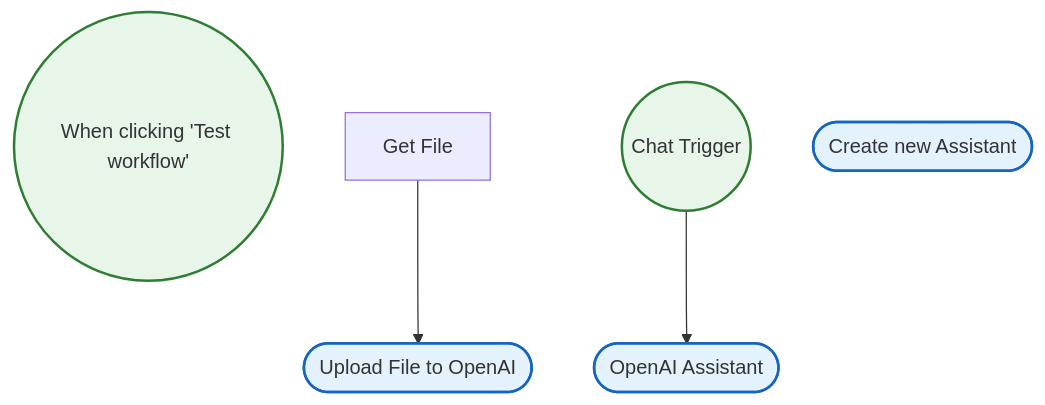
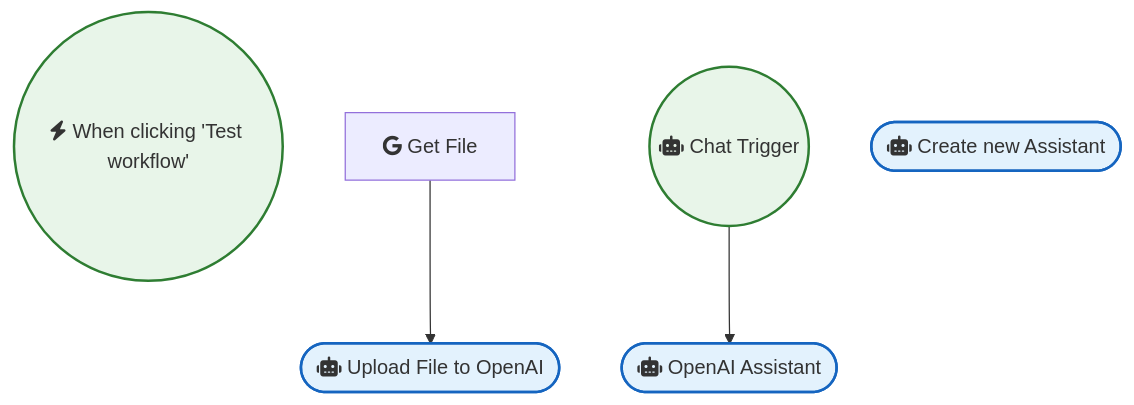
Before and after one commit to sreyash3105/N8N-DEMO-AUTOMATIONS: the diagram in OpenAI_and_LLMs/Openai Assistant Workflow Uploa File Create an Assistant Chat with It.md, drawn with Mermaid. The commit also changed 291 other files, not shown here.

````diff
--- a/OpenAI_and_LLMs/Openai Assistant Workflow Uploa File Create an Assistant Chat with It.md
+++ b/OpenAI_and_LLMs/Openai Assistant Workflow Uploa File Create an Assistant Chat with It.md
@@ -1,16 +1,16 @@
 ```mermaid
 graph TD
     classDef trigger fill:#e8f5e9,stroke:#2e7d32,stroke-width:2px;
     classDef ai fill:#e3f2fd,stroke:#1565c0,stroke-width:2px;
     classDef logic fill:#fff3e0,stroke:#ef6c00,stroke-width:2px;
 
-    When_clicking__Test_workflow_(("When clicking 'Test workflow'")):::trigger
-    Get_File["Get File"]
-    Chat_Trigger(("Chat Trigger")):::trigger
-    OpenAI_Assistant(["OpenAI Assistant"]):::ai
-    Upload_File_to_OpenAI(["Upload File to OpenAI"]):::ai
-    Create_new_Assistant(["Create new Assistant"]):::ai
+    When_clicking__Test_workflow_(("fas:fa-bolt When clicking 'Test workflow'")):::trigger
+    Get_File["fab:fa-google Get File"]
+    Chat_Trigger(("fas:fa-robot Chat Trigger")):::trigger
+    OpenAI_Assistant(["fas:fa-robot OpenAI Assistant"]):::ai
+    Upload_File_to_OpenAI(["fas:fa-robot Upload File to OpenAI"]):::ai
+    Create_new_Assistant(["fas:fa-robot Create new Assistant"]):::ai
 
     Get_File --> Upload_File_to_OpenAI
     Chat_Trigger --> OpenAI_Assistant
 ```
````
